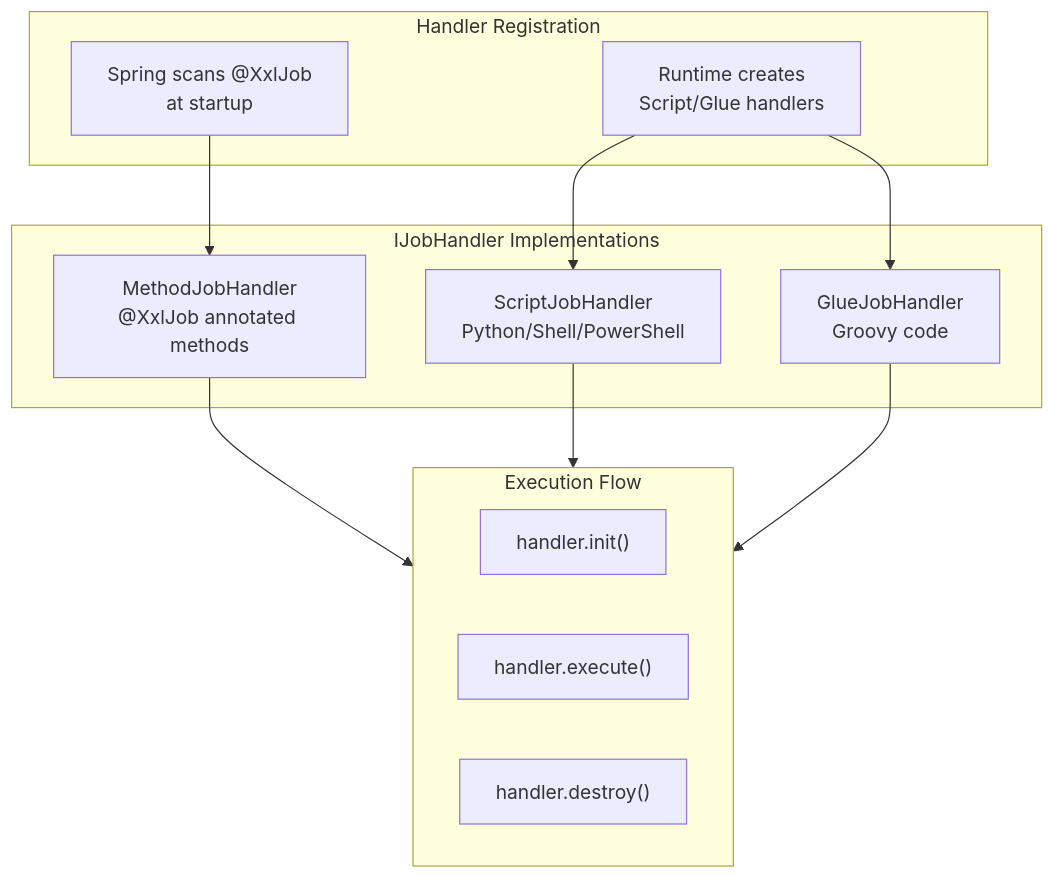
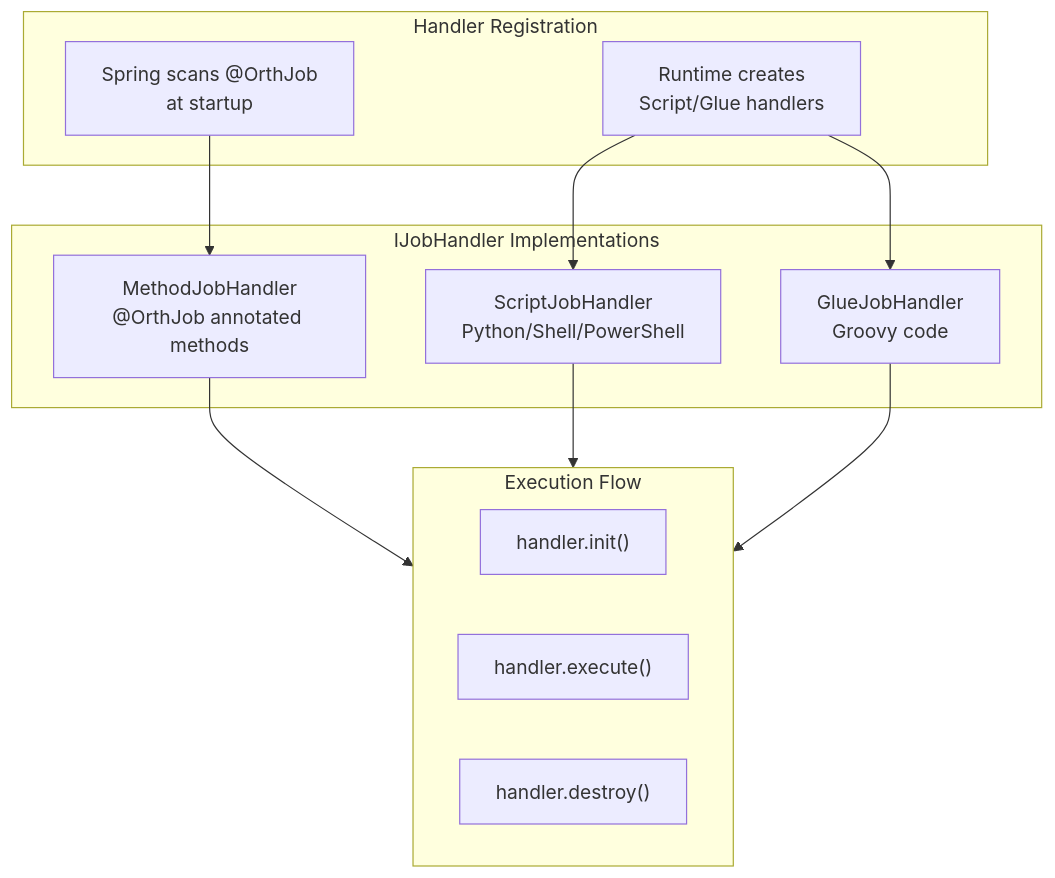
One commit to zombie12138/orth changed the fourth of 10 diagrams in arch/04-executor-implementation.md. Above: the diagram before and after it, drawn with Mermaid. The commit also changed other lines of this file and 576 other files, not shown here.

First line of the commit message:
refactor: rename xxl-job → orth across entire project

````diff
--- a/arch/04-executor-implementation.md
+++ b/arch/04-executor-implementation.md
@@ -114,27 +114,27 @@
 ```mermaid
 flowchart TD
     subgraph Handlers["IJobHandler Implementations"]
-        Method["MethodJobHandler<br/>@XxlJob annotated methods"]
+        Method["MethodJobHandler<br/>@OrthJob annotated methods"]
         Script["ScriptJobHandler<br/>Python/Shell/PowerShell"]
         Glue["GlueJobHandler<br/>Groovy code"]
     end
     
     subgraph Registration["Handler Registration"]
-        Spring["Spring scans @XxlJob<br/>at startup"]
+        Spring["Spring scans @OrthJob<br/>at startup"]
         Runtime["Runtime creates<br/>Script/Glue handlers"]
     end
     
     Spring --> Method
     Runtime --> Script
     Runtime --> Glue
     
     subgraph Execution["Execution Flow"]
         E1["handler.init()"]
         E2["handler.execute()"]
         E3["handler.destroy()"]
     end
     
     Method --> Execution
     Script --> Execution
     Glue --> Execution
 ```
````
